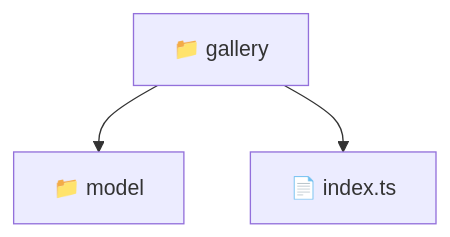
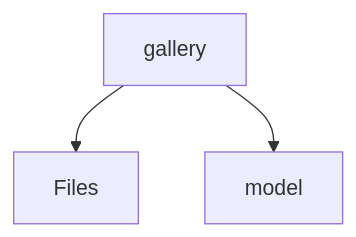
One commit to beginwebdev2002/fullstack-mavluda changed the diagram in frontend/src/features/gallery/README.md. Above: the diagram before and after it, drawn with Mermaid. The commit also changed other lines of this file and 163 other files, not shown here.

First line of the commit message:
feat: autogenerate localized directory readmes for architectural transparency

````diff
--- a/frontend/src/features/gallery/README.md
+++ b/frontend/src/features/gallery/README.md
@@ -11,6 +12,5 @@
 ```mermaid
 graph TD
-  Root["📁 gallery"]
-  Root --> model["📁 model"]
-  Root --> index_ts["📄 index.ts"]
+    gallery[gallery] --> Files
+    gallery --> model[model]
 ```
````
